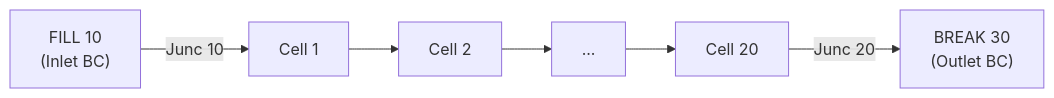
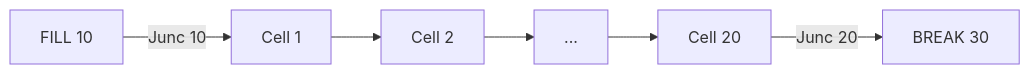
The second of 4 diagrams in test-validation/validation_results_report.md (NRC-Research/trace-pipe-force-tool), drawn with Mermaid before and after one commit. The commit also changed other lines of this file, not shown here.

Commit message:
Clean validation report to use simplified Mermaid diagrams only

````diff
--- a/test-validation/validation_results_report.md
+++ b/test-validation/validation_results_report.md
@@ -55,4 +59,8 @@
   ```mermaid
   graph LR
-      F["FILL 10<br>(Inlet BC)"] -->|Junc 10| C1[Cell 1] --> C2[Cell 2] --> C3[...] --> C20[Cell 20] -->|Junc 20| B["BREAK 30<br>(Outlet BC)"]
+      F[FILL 10] -->|Junc 10| C1[Cell 1]
+      C1 --> C2[Cell 2]
+      C2 --> C3[...]
+      C3 --> C20[Cell 20]
+      C20 -->|Junc 20| B[BREAK 30]
   ```
````
